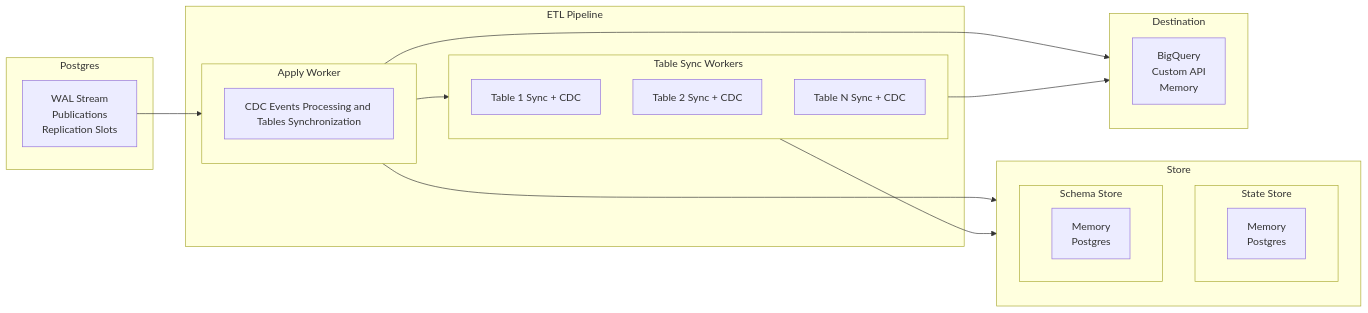
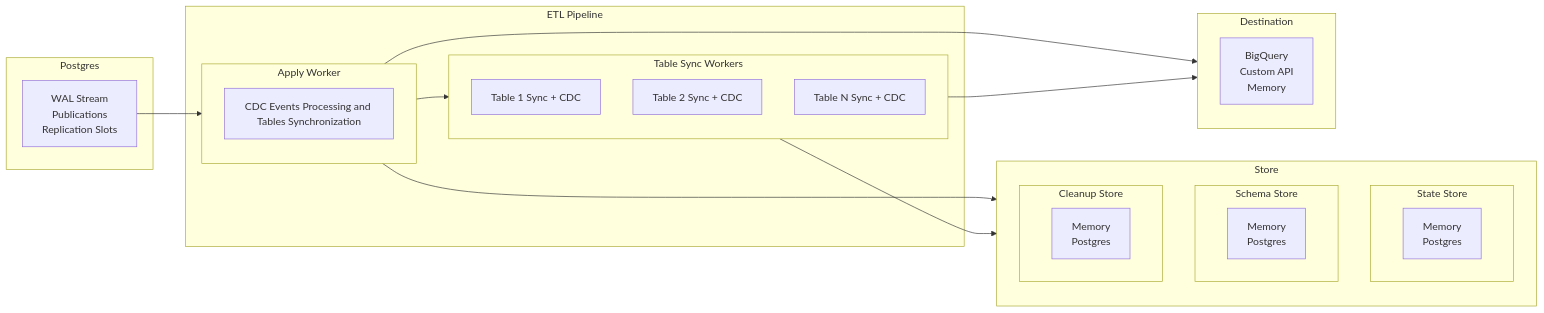
Before and after one commit to thewandererbg/pg_replicate: the diagram in docs/explanation/architecture.md, drawn with Mermaid. The commit also changed other lines of this file and 3 other files, not shown here.

Commit message:
ref(docs): Add `CleanupStore` to docs (#302)

````diff
--- a/docs/explanation/architecture.md
+++ b/docs/explanation/architecture.md
@@ -9,41 +9,45 @@
 ```mermaid
 flowchart LR
     subgraph Postgres
         A["WAL Stream<br>Publications<br>Replication Slots"]
     end
 
     subgraph ETL_Pipeline[ETL Pipeline]
         subgraph ApplyWorker[Apply Worker]
             B1["CDC Events Processing and Tables Synchronization"]
         end
 
         subgraph TableSyncWorkers[Table Sync Workers]
             B2["Table 1 Sync + CDC"]
             B3["Table 2 Sync + CDC"]
             B4["Table N Sync + CDC"]
         end
     end
 
     subgraph Destination[Destination]
         Dest["BigQuery<br>Custom API<br>Memory"]
     end
 
     subgraph Store[Store]
         subgraph StateStore[State Store]
             D1["Memory<br>Postgres"]
         end
 
         subgraph SchemaStore[Schema Store]
             D2["Memory<br>Postgres"]
         end
+
+        subgraph CleanupStore[Cleanup Store]
+            D3["Memory<br>Postgres"]
+        end
     end
 
     A --> ApplyWorker
     ApplyWorker --> TableSyncWorkers
 
     ApplyWorker --> Destination
     TableSyncWorkers --> Destination
 
     ApplyWorker --> Store
     TableSyncWorkers --> Store
 ```
````
